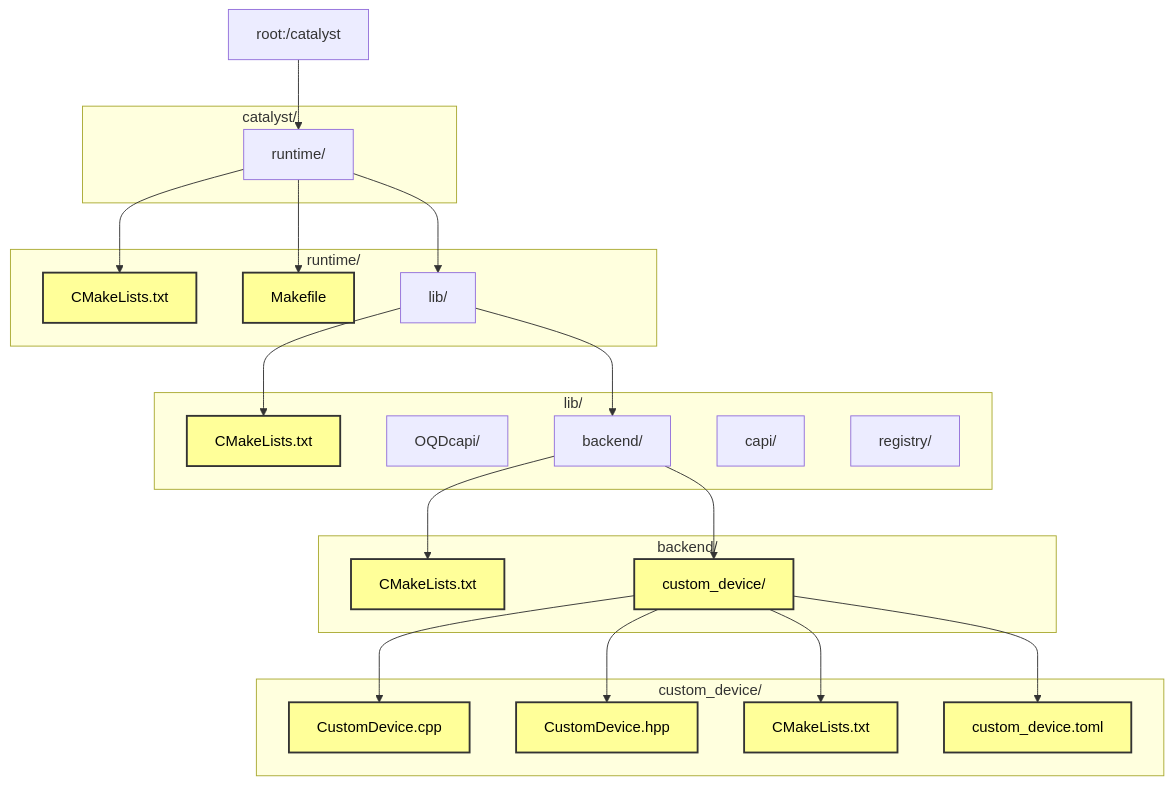
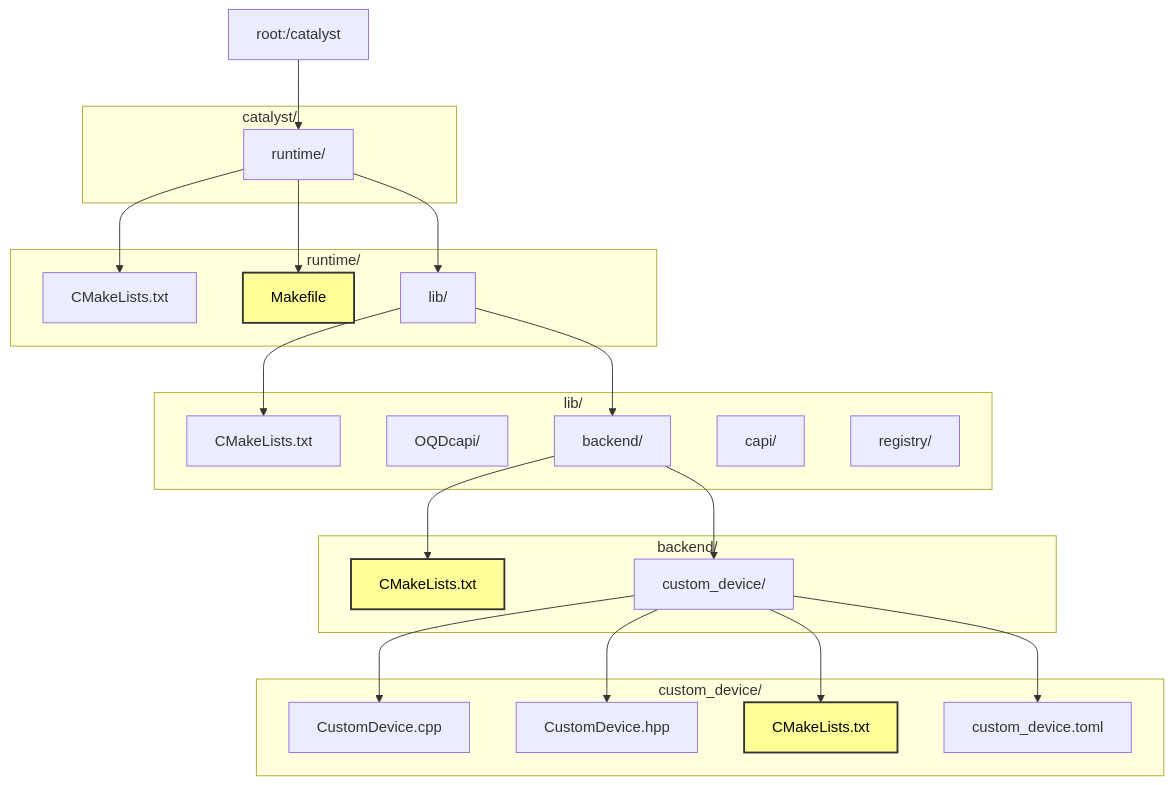
One commit to Ameya674/how_to_add_a_custom_device_in_Catalyst changed the diagram in README.md. Above: the diagram before and after it, drawn with Mermaid.

````diff
--- a/README.md
+++ b/README.md
@@ -3,54 +3,55 @@
 ```mermaid
 graph TD
 
   A[root:/catalyst]
 
   subgraph catalyst/
     A1[runtime/]
   end
 
   subgraph runtime/
     R1[CMakeLists.txt]
     R2[Makefile]
     R3[lib/]
   end
 
   subgraph lib/
     L1[CMakeLists.txt]
     L2[OQDcapi/]
     L3[backend/]
     L4[capi/]
     L5[registry/]
   end
 
   subgraph backend/
     B1[CMakeLists.txt]
     B2[custom_device/]
   end
 
   subgraph custom_device/
     CD1[CustomDevice.cpp]
     CD2[CustomDevice.hpp]
     CD3[CMakeLists.txt]
     CD4[custom_device.toml]
   end
 
   %% Relationships
   A --> A1
   A1 --> R1
   A1 --> R2
   A1 --> R3
   R3 --> L1
   R3 --> L3
   L3 --> B1
   L3 --> B2
   B2 --> CD1
   B2 --> CD2
   B2 --> CD3
   B2 --> CD4
 
-  %% Unified yellow style
+  %% Unified yellow style for specific files only
   classDef yellow fill:#ffff99,stroke:#333,stroke-width:2px,color:#000;
 
-  class R1,R2,L1,B1,B2,CD1,CD2,CD3,CD4 yellow;
+  class R2,B1,CD3 yellow;
+
 ```
````
